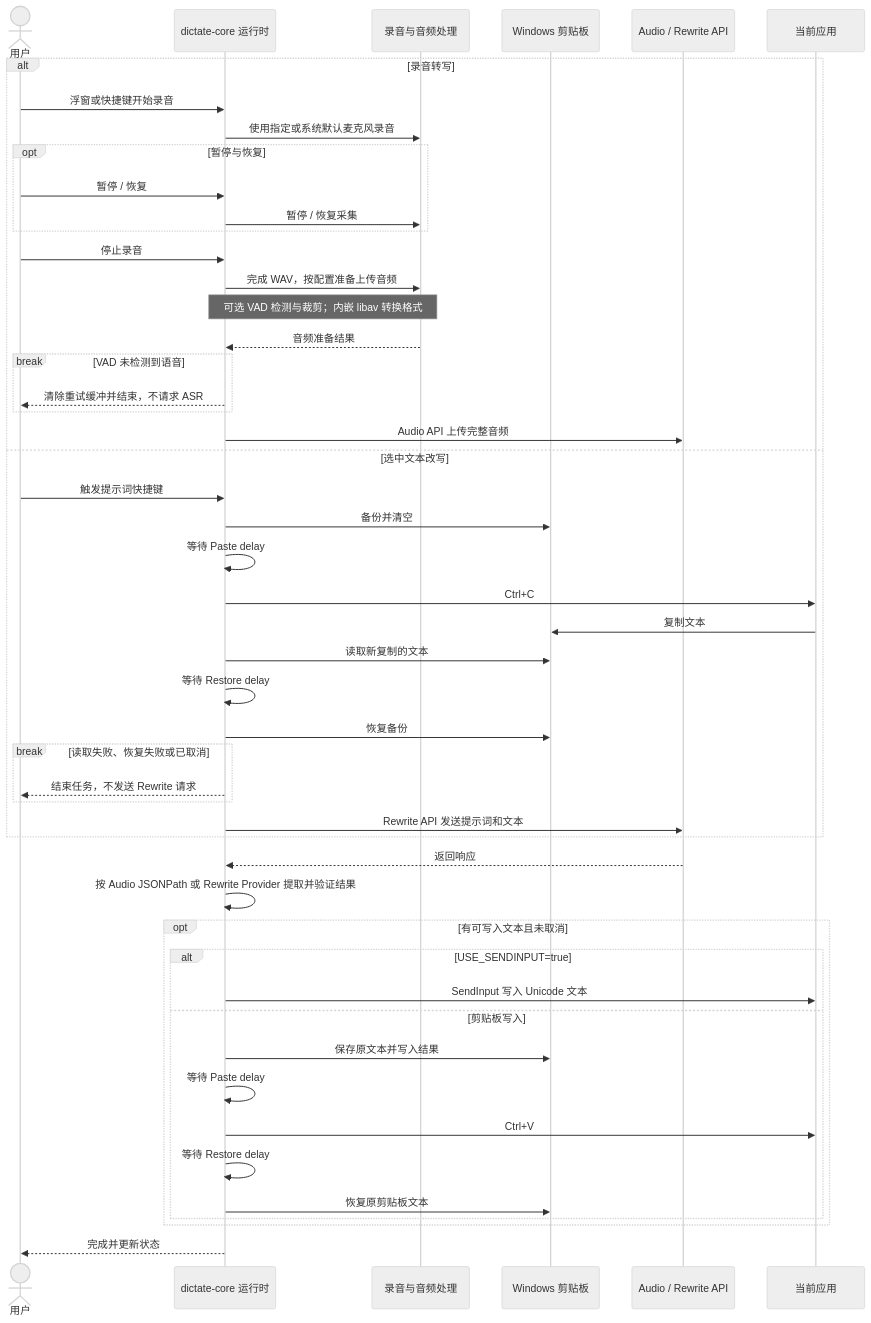
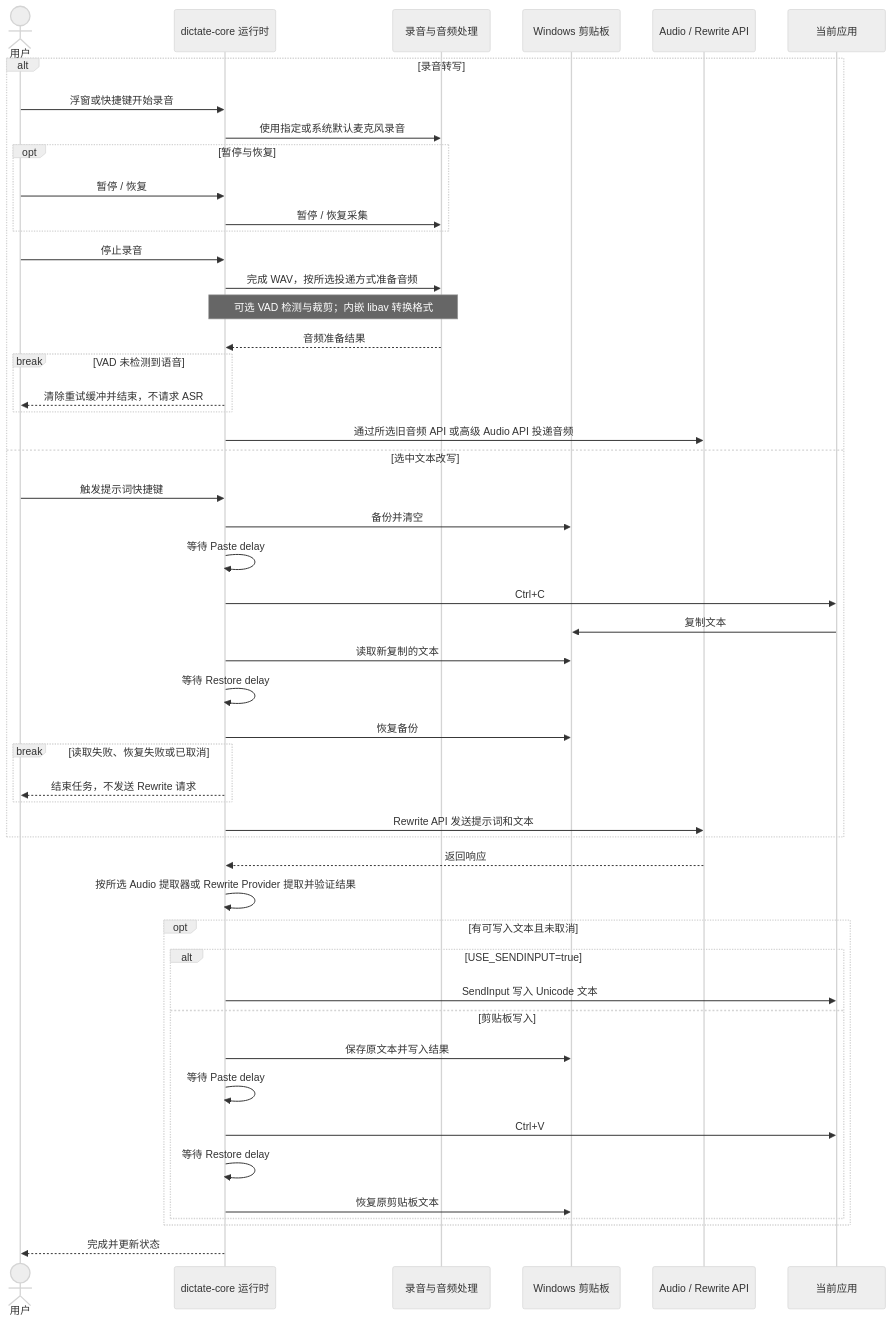
The second of 3 diagrams in README_ZH.md (Joey-Kot/Dictate-for-Windows), drawn with Mermaid (neutral theme) before and after one commit. The commit also changed other lines of this file and 48 other files, not shown here.

First line of the commit message:
feat(advanced-audio): 实现声明式高级音频 API 工作流

````diff
--- a/README_ZH.md
+++ b/README_ZH.md
@@ -81,54 +83,54 @@
 ```mermaid
 sequenceDiagram
     actor User as 用户
     participant Core as dictate-core 运行时
     participant Audio as 录音与音频处理
     participant Clipboard as Windows 剪贴板
     participant API as Audio / Rewrite API
     participant App as 当前应用
 
     alt 录音转写
         User->>Core: 浮窗或快捷键开始录音
         Core->>Audio: 使用指定或系统默认麦克风录音
         opt 暂停与恢复
             User->>Core: 暂停 / 恢复
             Core->>Audio: 暂停 / 恢复采集
         end
         User->>Core: 停止录音
-        Core->>Audio: 完成 WAV，按配置准备上传音频
+        Core->>Audio: 完成 WAV，按所选投递方式准备音频
         Note over Core,Audio: 可选 VAD 检测与裁剪；内嵌 libav 转换格式
         Audio-->>Core: 音频准备结果
         break VAD 未检测到语音
             Core-->>User: 清除重试缓冲并结束，不请求 ASR
         end
-        Core->>API: Audio API 上传完整音频
+        Core->>API: 通过所选旧音频 API 或高级 Audio API 投递音频
     else 选中文本改写
         User->>Core: 触发提示词快捷键
         Core->>Clipboard: 备份并清空
         Core->>Core: 等待 Paste delay
         Core->>App: Ctrl+C
         App->>Clipboard: 复制文本
         Core->>Clipboard: 读取新复制的文本
         Core->>Core: 等待 Restore delay
         Core->>Clipboard: 恢复备份
         break 读取失败、恢复失败或已取消
             Core-->>User: 结束任务，不发送 Rewrite 请求
         end
         Core->>API: Rewrite API 发送提示词和文本
     end
 
     API-->>Core: 返回响应
-    Core->>Core: 按 Audio JSONPath 或 Rewrite Provider 提取并验证结果
+    Core->>Core: 按所选 Audio 提取器或 Rewrite Provider 提取并验证结果
     opt 有可写入文本且未取消
         alt USE_SENDINPUT=true
             Core->>App: SendInput 写入 Unicode 文本
         else 剪贴板写入
             Core->>Clipboard: 保存原文本并写入结果
             Core->>Core: 等待 Paste delay
             Core->>App: Ctrl+V
             Core->>Core: 等待 Restore delay
             Core->>Clipboard: 恢复原剪贴板文本
         end
     end
     Core-->>User: 完成并更新状态
 ```
````
